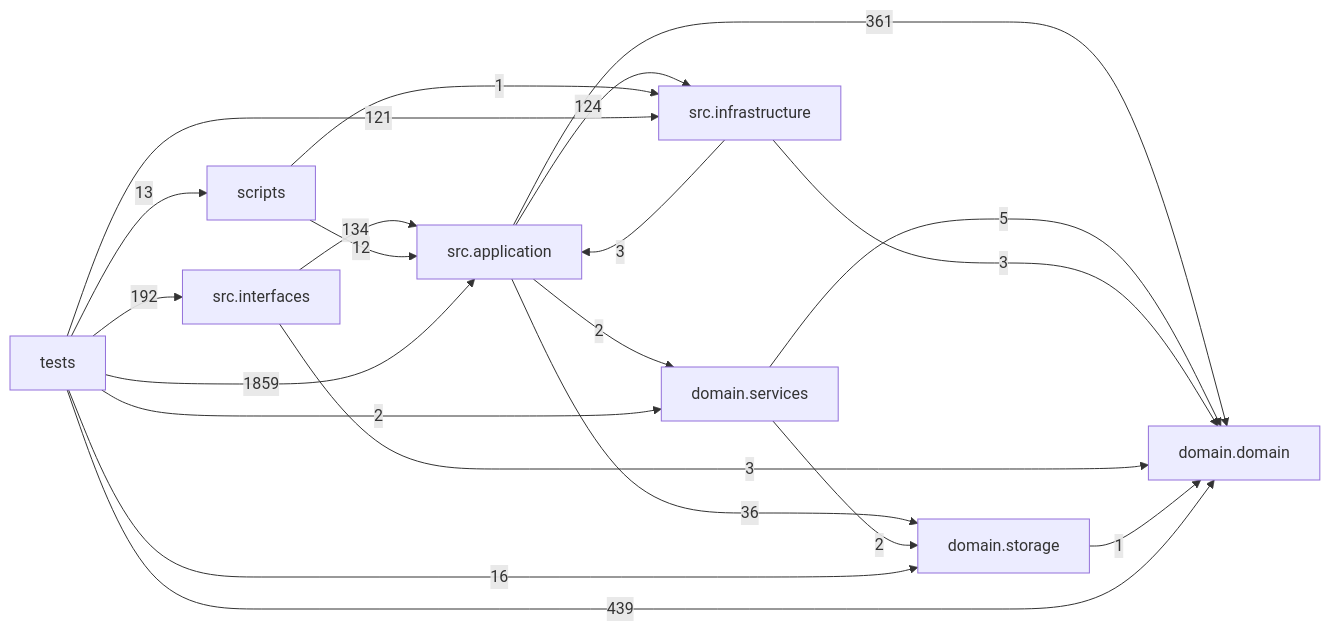
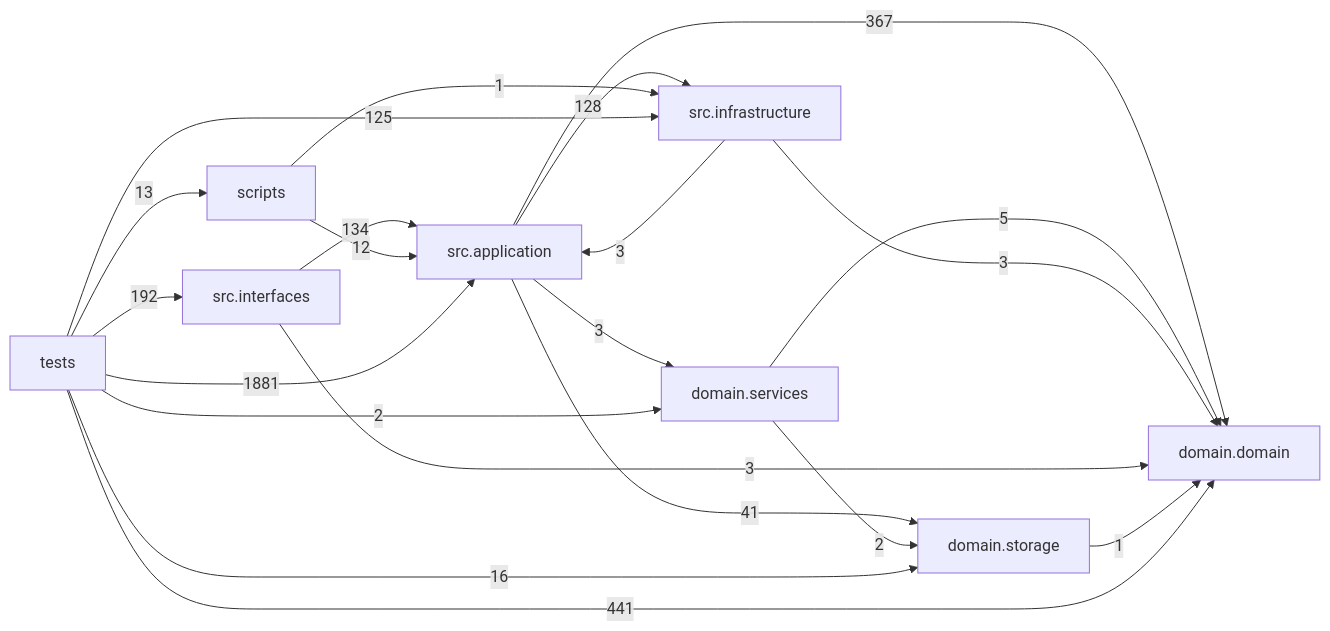
Before and after one commit to liuxie066/options-monitor: the diagram in docs/DEPENDENCY_GRAPH.md, drawn with Mermaid. The commit also changed other lines of this file and 37 other files, not shown here.

````diff
--- a/docs/DEPENDENCY_GRAPH.md
+++ b/docs/DEPENDENCY_GRAPH.md
@@ -24,31 +24,31 @@
 ```mermaid
 flowchart LR
   tests["tests"]
   scripts["scripts"]
   interfaces["src.interfaces"]
   application["src.application"]
   infrastructure["src.infrastructure"]
   domain_services["domain.services"]
   domain["domain.domain"]
   storage["domain.storage"]
-  application -->|361| domain
-  application -->|2| domain_services
-  application -->|124| infrastructure
-  application -->|36| storage
+  application -->|367| domain
+  application -->|3| domain_services
+  application -->|128| infrastructure
+  application -->|41| storage
   domain_services -->|5| domain
   domain_services -->|2| storage
   infrastructure -->|3| application
   infrastructure -->|3| domain
   interfaces -->|134| application
   interfaces -->|3| domain
   scripts -->|12| application
   scripts -->|1| infrastructure
   storage -->|1| domain
-  tests -->|1859| application
-  tests -->|439| domain
+  tests -->|1881| application
+  tests -->|441| domain
   tests -->|2| domain_services
-  tests -->|121| infrastructure
+  tests -->|125| infrastructure
   tests -->|192| interfaces
   tests -->|13| scripts
   tests -->|16| storage
 ```
````
